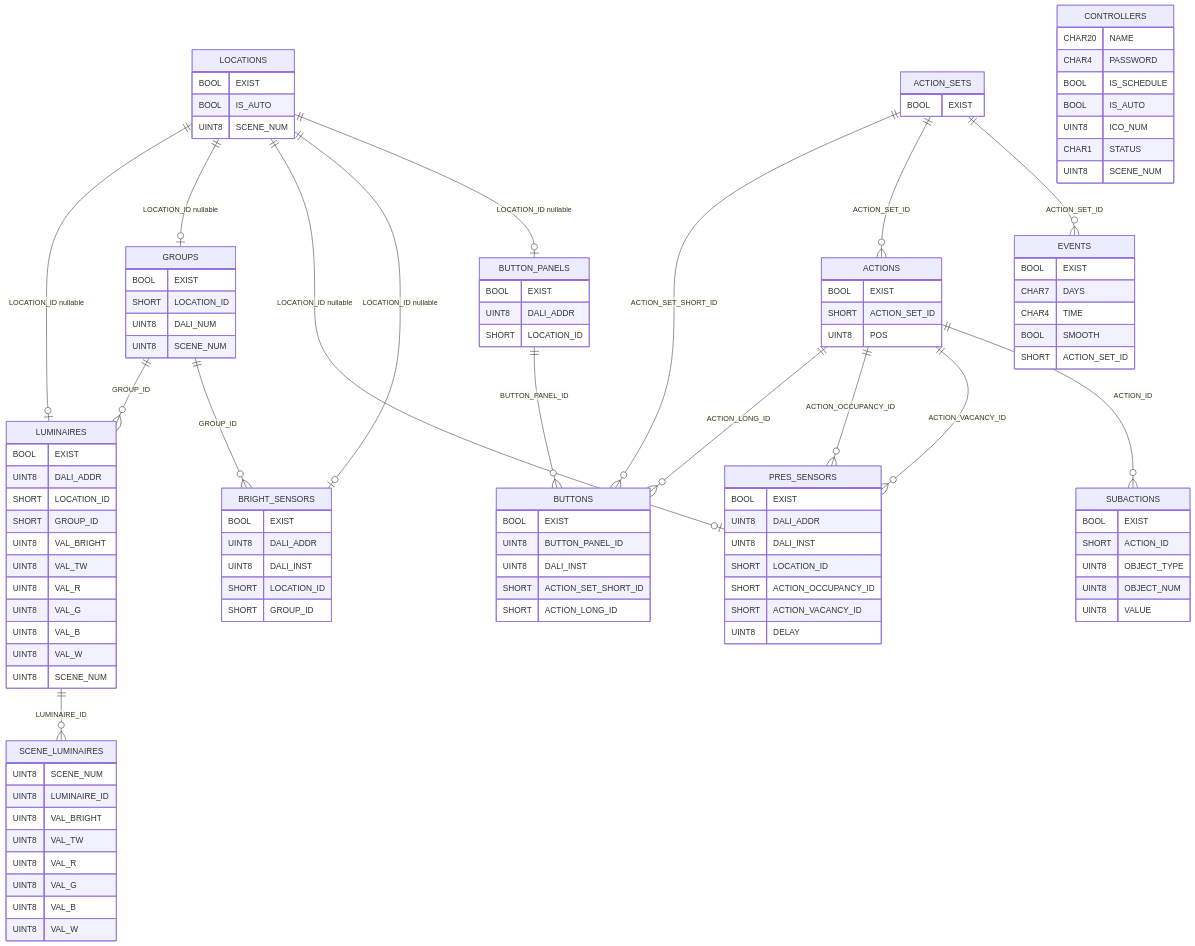
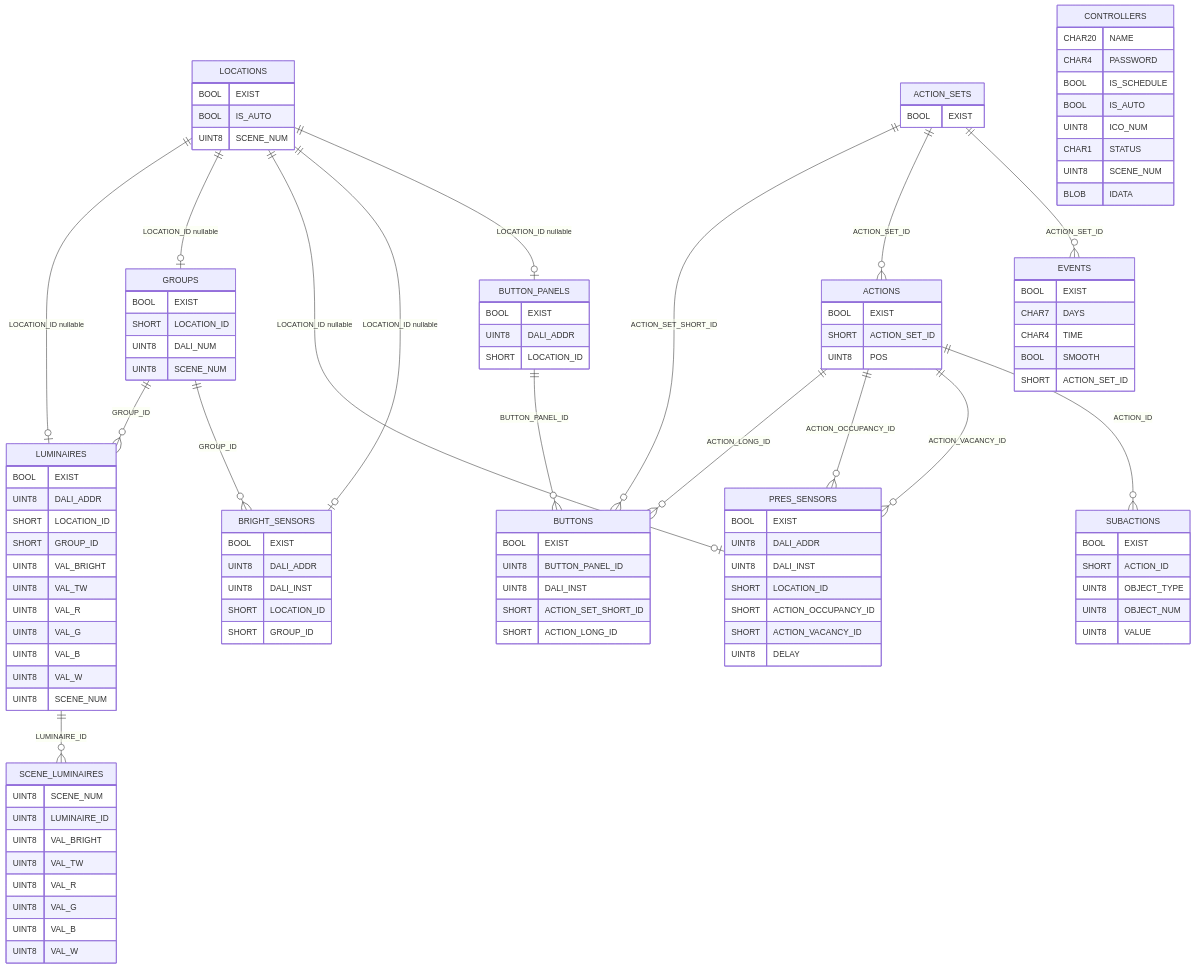
The diagram in PDS/SynapsePDS_FW_DB_scheme.md (KhudyakovAlex/Synapse), drawn with Mermaid before and after one commit. The commit also changed 12 other files, not shown here.

```diff
--- a/PDS/SynapsePDS_FW_DB_scheme.md
+++ b/PDS/SynapsePDS_FW_DB_scheme.md
@@ -31,6 +31,7 @@
         UINT8 ICO_NUM
         CHAR1 STATUS
         UINT8 SCENE_NUM
+        BLOB IDATA
     }
 
     LOCATIONS {
```
